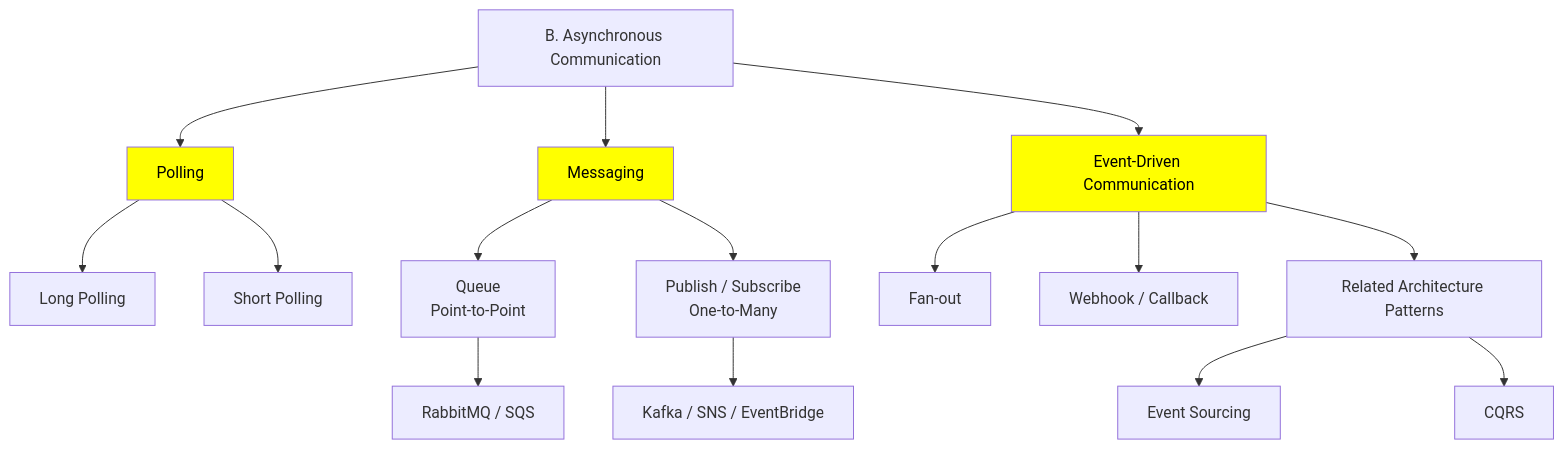
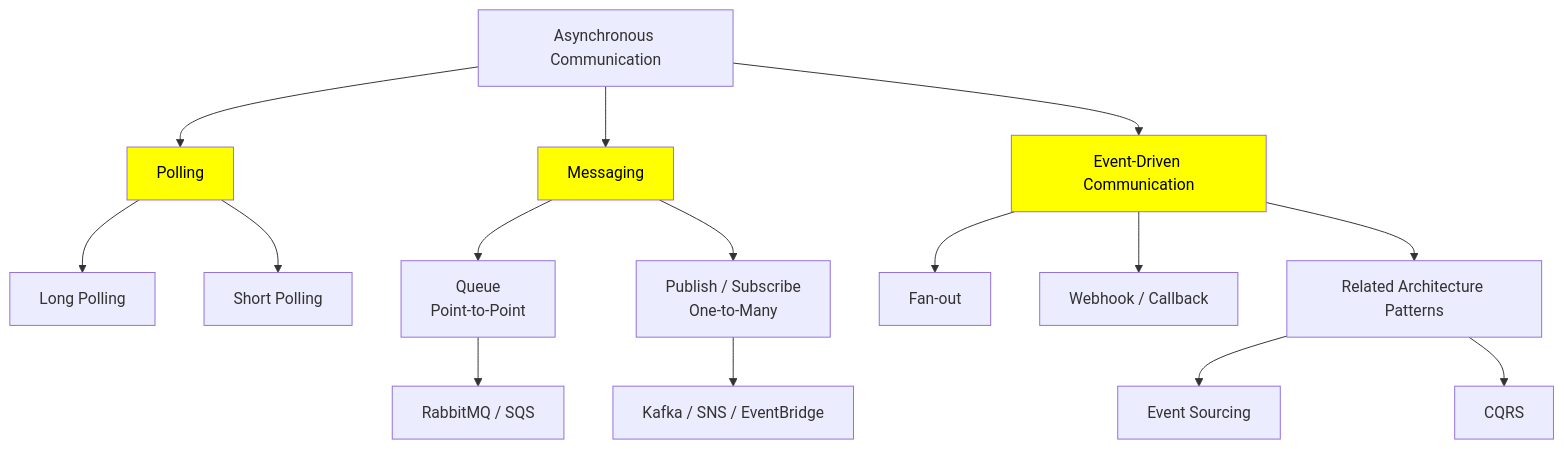
The first of 7 diagrams in docs/2022-2025/SE_02_system-design/SD_03_Core-building-blocks/SD_03_54_Communication-pattern/02_asynchronous.md (lekhrajdinkar/solution-engineer), drawn with Mermaid before and after one commit. The commit also changed other lines of this file and 4 other files, not shown here.

````diff
--- a/docs/2022-2025/SE_02_system-design/SD_03_Core-building-blocks/SD_03_54_Communication-pattern/02_asynchronous.md
+++ b/docs/2022-2025/SE_02_system-design/SD_03_Core-building-blocks/SD_03_54_Communication-pattern/02_asynchronous.md
@@ -3,26 +3,26 @@
 ```mermaid
 flowchart TB
-    ASYNC[B. Asynchronous Communication] --> MSG[Messaging]
+    ASYNC[ Asynchronous Communication] --> MSG[Messaging]
     ASYNC --> EVENT[Event-Driven Communication]
     ASYNC --> POLL[Polling]
 
     POLL --> POLLL[Long Polling]
     POLL --> POLLS[Short Polling]
 
     MSG --> QUEUE[Queue<br/>Point-to-Point]
     MSG --> PUBSUB[Publish / Subscribe<br/>One-to-Many]
 
     QUEUE --> MQ[RabbitMQ / SQS]
     PUBSUB --> KAFKA[Kafka / SNS / EventBridge]
 
     EVENT --> FAN[Fan-out]
     EVENT --> WEBHOOK[Webhook / Callback]
     EVENT --> RELATED[Related Architecture Patterns]
 
     RELATED --> EVENTSRC[Event Sourcing]
     RELATED --> CQRS[CQRS]
     
     style POLL fill:yellow,color:black
     style MSG fill:yellow,color:black
     style EVENT fill:yellow,color:black
 ```
````
